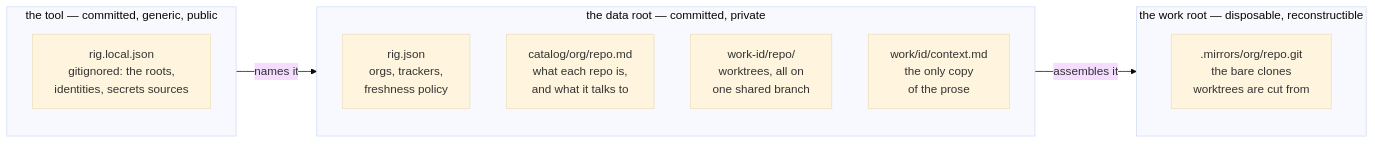
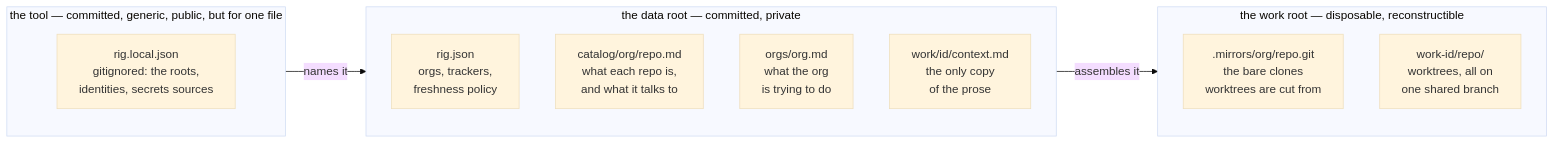
One commit to hugoforte/rig changed the first of 3 diagrams in README.md. Above: the diagram before and after it, drawn with Mermaid (base theme). The commit also changed other lines of this file and 4 other files, not shown here.

````diff
--- a/README.md
+++ b/README.md
@@ -31,18 +38,18 @@
 ```mermaid
 flowchart LR
-  subgraph tool["the tool — committed, generic, public"]
+  subgraph tool["the tool — committed, generic, public, but for one file"]
     A["rig.local.json<br/>gitignored: the roots,<br/>identities, secrets sources"]
   end
   subgraph data["the data root — committed, private"]
     B["rig.json<br/>orgs, trackers,<br/>freshness policy"]
     C["catalog/org/repo.md<br/>what each repo is,<br/>and what it talks to"]
-    F["orgs/org.md<br/>what the org<br/>is trying to do"]
+    G["orgs/org.md<br/>what the org<br/>is trying to do"]
     D["work/id/context.md<br/>the only copy<br/>of the prose"]
   end
   subgraph work["the work root — disposable, reconstructible"]
     E[".mirrors/org/repo.git<br/>the bare clones<br/>worktrees are cut from"]
     F["work-id/repo/<br/>worktrees, all on<br/>one shared branch"]
   end
   tool -->|names it| data
   data -->|assembles it| work
 ```
````
